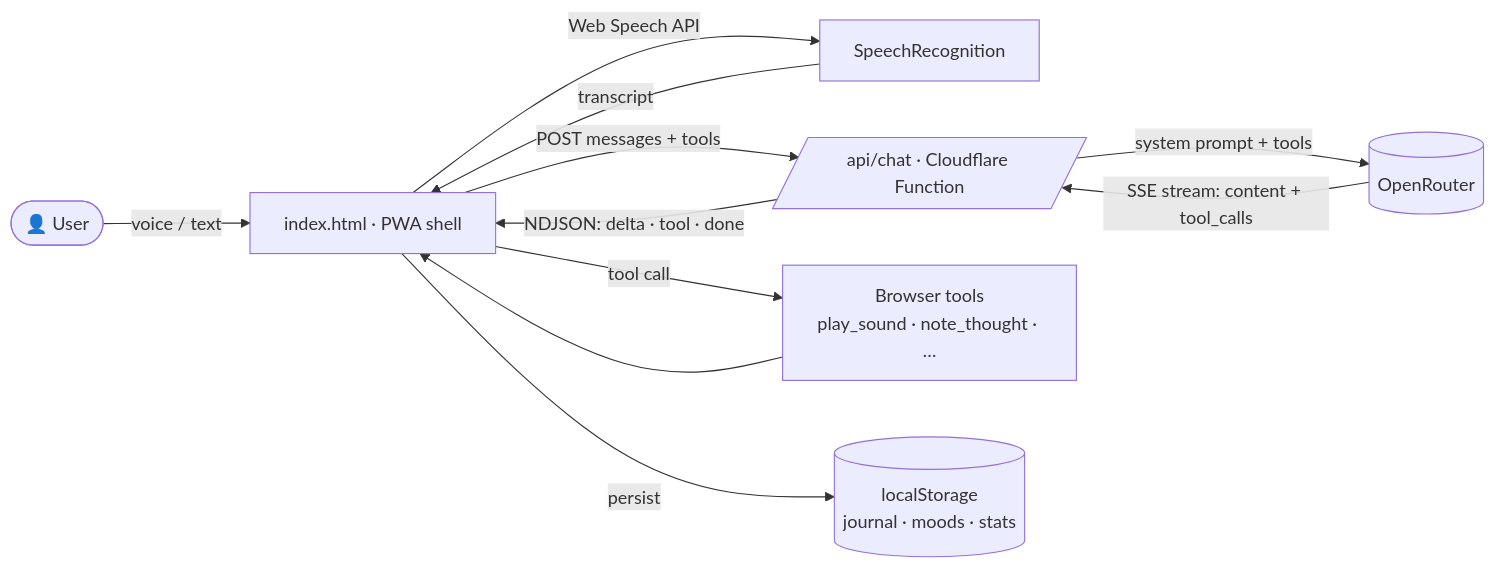
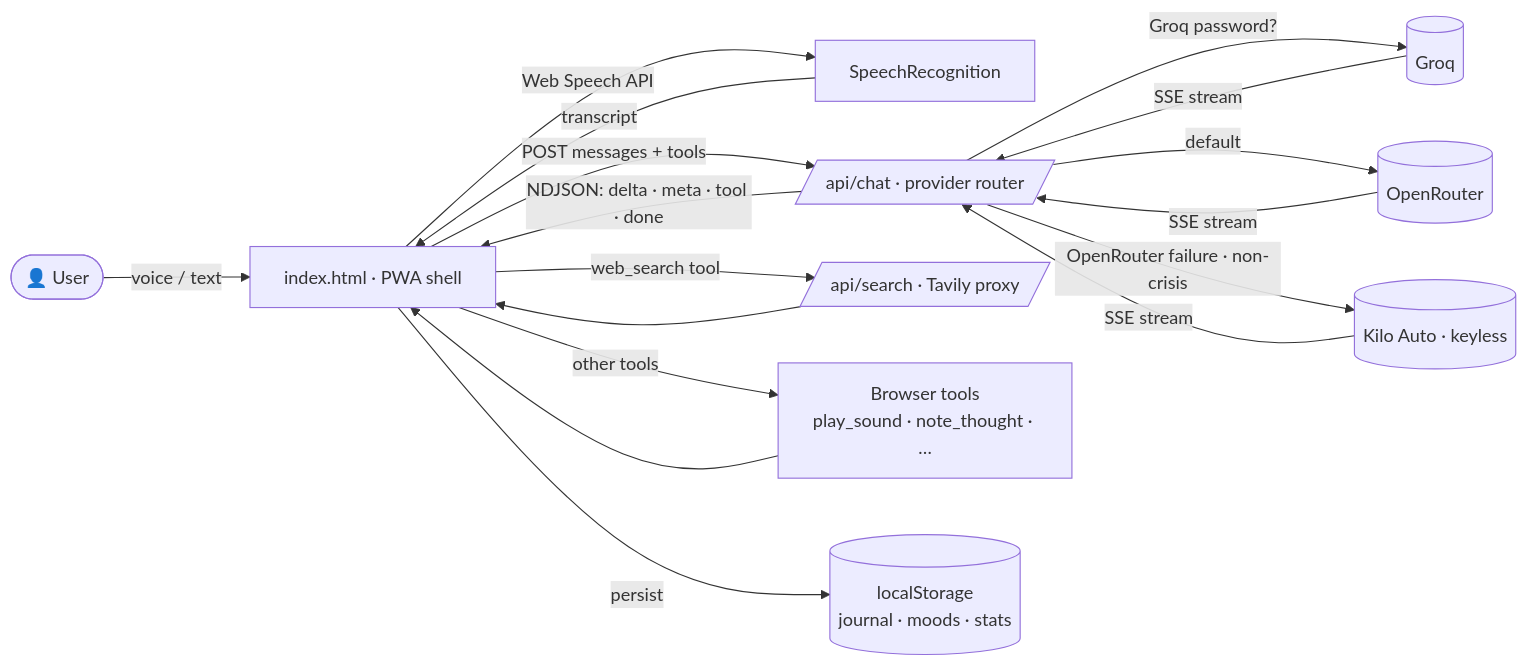
Before and after one commit to apsethicsbowl20026-collab/calmora-ai: the first of 2 diagrams in README.md, drawn with Mermaid. The commit also changed other lines of this file and 6 other files, not shown here.

Commit message:
feat: add provider routing, web search, and voice-agent stage

````diff
--- a/README.md
+++ b/README.md
@@ -201,13 +201,19 @@
 ```mermaid
 flowchart LR
     U([👤 User]) -->|voice / text| UI[index.html · PWA shell]
     UI -->|Web Speech API| SR[SpeechRecognition]
     SR -->|transcript| UI
-    UI -->|POST messages + tools| API[/api/chat · Cloudflare Function/]
-    API -->|system prompt + tools| OR[(OpenRouter)]
-    OR -->|SSE stream: content + tool_calls| API
-    API -->|NDJSON: delta · tool · done| UI
-    UI -->|tool call| TOOLS[Browser tools<br/>play_sound · note_thought · …]
+    UI -->|POST messages + tools| API[/api/chat · provider router/]
+    API -->|Groq password?| GROQ[(Groq)]
+    API -->|default| OR[(OpenRouter)]
+    API -->|OpenRouter failure · non-crisis| KILO[(Kilo Auto · keyless)]
+    GROQ -->|SSE stream| API
+    OR -->|SSE stream| API
+    KILO -->|SSE stream| API
+    API -->|NDJSON: delta · meta · tool · done| UI
+    UI -->|web_search tool| SEARCH[/api/search · Tavily proxy/]
+    SEARCH --> UI
+    UI -->|other tools| TOOLS[Browser tools<br/>play_sound · note_thought · …]
     TOOLS --> UI
     UI -->|persist| LS[(localStorage<br/>journal · moods · stats)]
 ```
````
